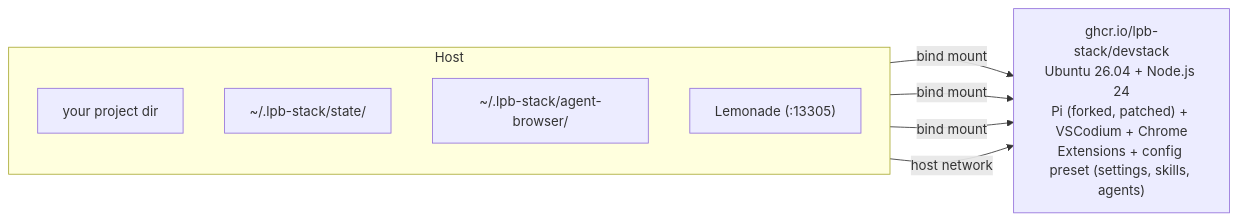
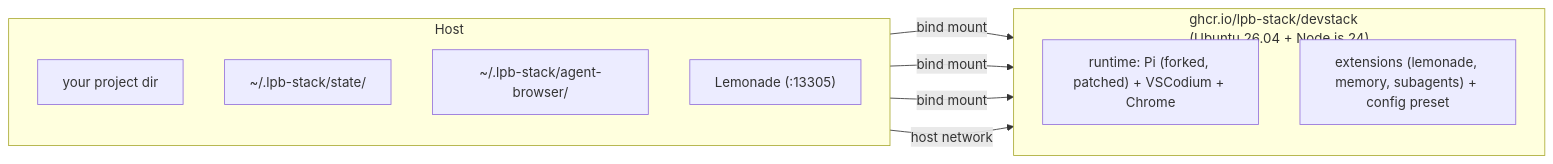
The first of 2 diagrams in README.md (lpb-stack/devstack), drawn with Mermaid before and after one commit.

Commit message:
docs: split How-It-Works image node into runtime/config subgraph (less crowded)

````diff
--- a/README.md
+++ b/README.md
@@ -70,17 +70,21 @@
 ```mermaid
 flowchart LR
     subgraph Host["Host"]
         direction TB
         H1["your project dir"]
         H2["~/.lpb-stack/state/"]
         H3["~/.lpb-stack/agent-browser/"]
         H4["Lemonade (:13305)"]
     end
 
-    IMG["ghcr.io/lpb-stack/devstack\nUbuntu 26.04 + Node.js 24\nPi (forked, patched) + VSCodium + Chrome\nExtensions + config preset (settings, skills, agents)"]
+    subgraph Image["ghcr.io/lpb-stack/devstack<br/>(Ubuntu 26.04 + Node.js 24)"]
+        direction TB
+        RT["runtime: Pi (forked, patched) + VSCodium + Chrome"]
+        CF["extensions (lemonade, memory, subagents) + config preset"]
+    end
 
-    H1 -->|bind mount| IMG
-    H2 -->|bind mount| IMG
-    H3 -->|bind mount| IMG
-    H4 -->|host network| IMG
+    H1 -->|bind mount| RT
+    H2 -->|bind mount| CF
+    H3 -->|bind mount| RT
+    H4 -->|host network| RT
 ```
````
